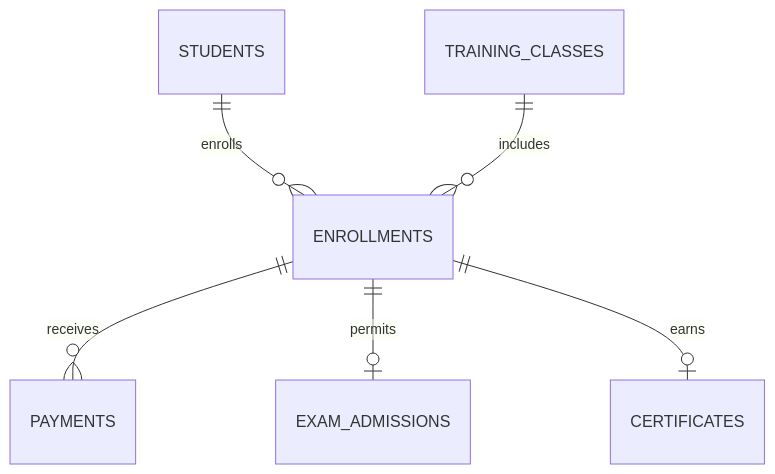
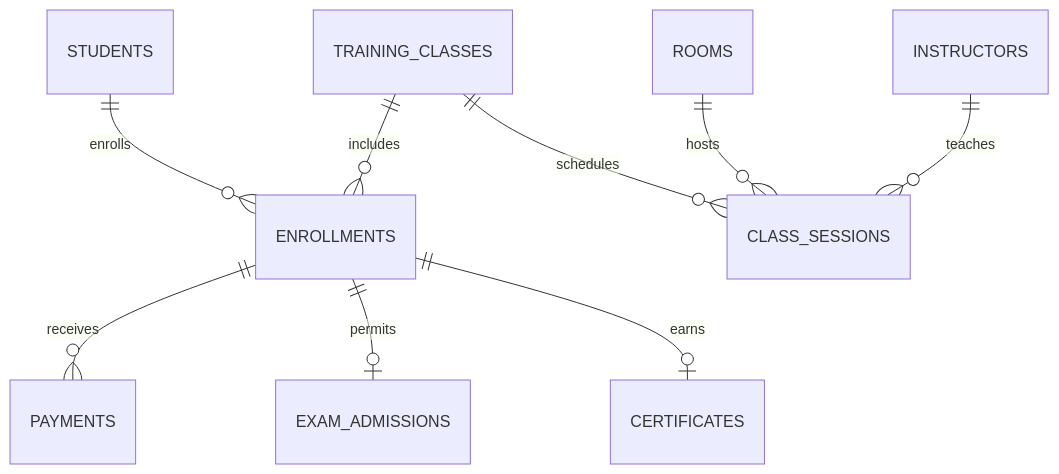
One commit to tranhongquang1302/IN421104-DT15 changed the third of 3 diagrams in docs/design.md. Above: the diagram before and after it, drawn with Mermaid. The commit also changed other lines of this file and 9 other files, not shown here.

````diff
--- a/docs/design.md
+++ b/docs/design.md
@@ -123,8 +151,11 @@
 ```mermaid
 erDiagram
     STUDENTS ||--o{ ENROLLMENTS : enrolls
     TRAINING_CLASSES ||--o{ ENROLLMENTS : includes
     ENROLLMENTS ||--o{ PAYMENTS : receives
     ENROLLMENTS ||--o| EXAM_ADMISSIONS : permits
     ENROLLMENTS ||--o| CERTIFICATES : earns
+    TRAINING_CLASSES ||--o{ CLASS_SESSIONS : schedules
+    ROOMS ||--o{ CLASS_SESSIONS : hosts
+    INSTRUCTORS ||--o{ CLASS_SESSIONS : teaches
 ```
````
